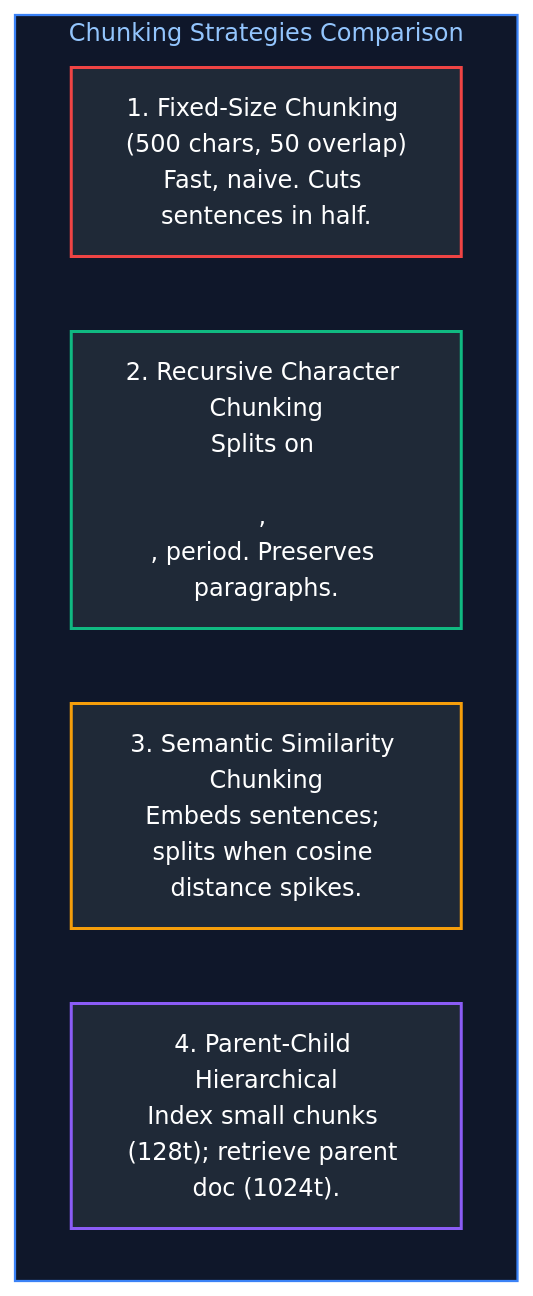
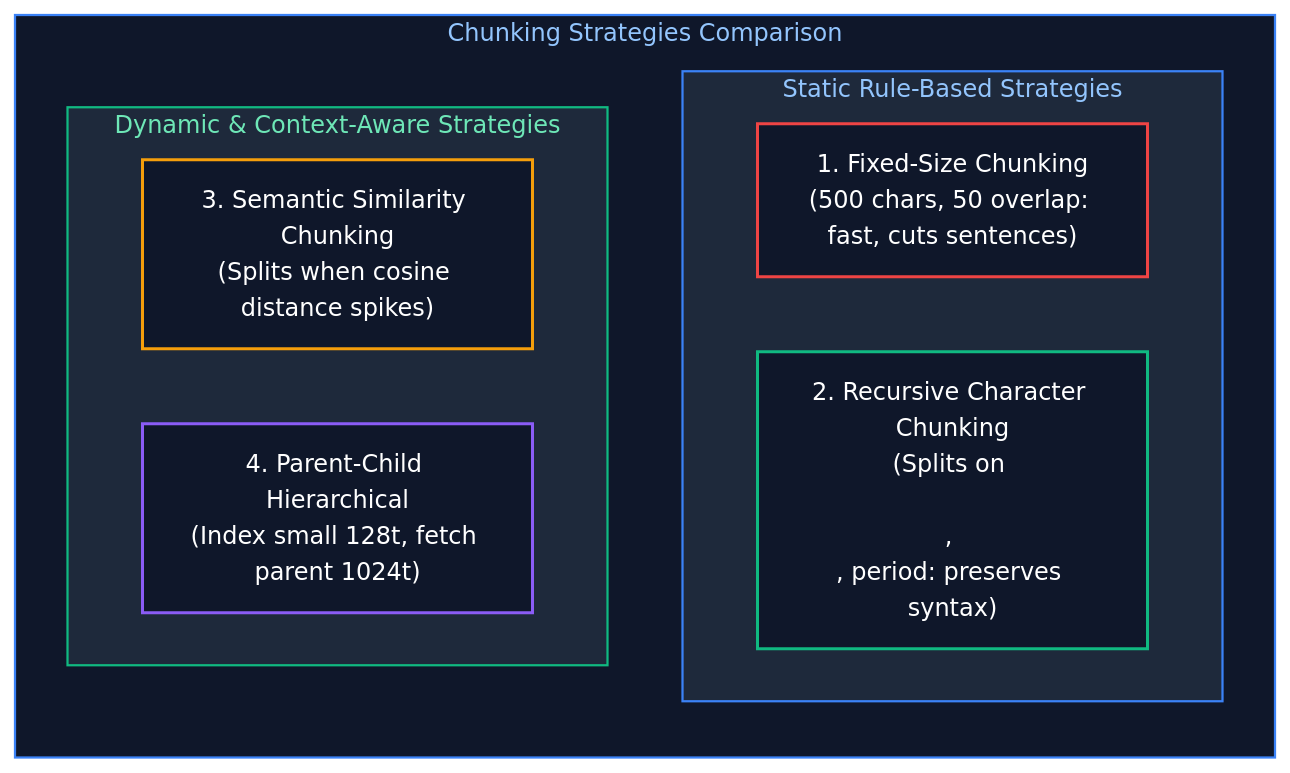
The sixth of 6 diagrams in AI Engineering/05_embeddings_vector_databases_and_search.md (joydeep-biswas/Interview-Preparation), drawn with Mermaid before and after one commit. The commit also changed other lines of this file and 76 other files, not shown here.

Commit message:
Updated Charts

````diff
--- a/AI Engineering/05_embeddings_vector_databases_and_search.md
+++ b/AI Engineering/05_embeddings_vector_databases_and_search.md
@@ -256,15 +313,24 @@
 ```mermaid
-flowchart TD
+flowchart LR
     subgraph ChunkingComparison ["Chunking Strategies Comparison"]
-        Fixed["1. Fixed-Size Chunking (500 chars, 50 overlap)<br/>Fast, naive. Cuts sentences in half."]
-        Recursive["2. Recursive Character Chunking<br/>Splits on \n\n, \n, period. Preserves paragraphs."]
-        Semantic["3. Semantic Similarity Chunking<br/>Embeds sentences; splits when cosine distance spikes."]
-        ParentChild["4. Parent-Child Hierarchical<br/>Index small chunks (128t); retrieve parent doc (1024t)."]
+        subgraph Row1 ["Static Rule-Based Strategies"]
+            direction LR
+            Fixed["1. Fixed-Size Chunking<br/>(500 chars, 50 overlap: fast, cuts sentences)"]
+            Recursive["2. Recursive Character Chunking<br/>(Splits on \n\n, \n, period: preserves syntax)"]
+        end
+        subgraph Row2 ["Dynamic & Context-Aware Strategies"]
+            direction LR
+            Semantic["3. Semantic Similarity Chunking<br/>(Splits when cosine distance spikes)"]
+            ParentChild["4. Parent-Child Hierarchical<br/>(Index small 128t, fetch parent 1024t)"]
+        end
     end
 
     style ChunkingComparison fill:#0f172a,stroke:#3b82f6,stroke-width:1.5px,color:#93c5fd
-    style Fixed fill:#1f2937,stroke:#ef4444,stroke-width:2px,color:#fff
-    style Recursive fill:#1f2937,stroke:#10b981,stroke-width:2px,color:#fff
-    style Semantic fill:#1f2937,stroke:#f59e0b,stroke-width:2px,color:#fff
-    style ParentChild fill:#1f2937,stroke:#8b5cf6,stroke-width:2px,color:#fff
+    style Row1 fill:#1e293b,stroke:#3b82f6,stroke-width:1.5px,color:#93c5fd
+    style Row2 fill:#1e293b,stroke:#10b981,stroke-width:1.5px,color:#6ee7b7
+
+    style Fixed fill:#0f172a,stroke:#ef4444,stroke-width:2px,color:#fff
+    style Recursive fill:#0f172a,stroke:#10b981,stroke-width:2px,color:#fff
+    style Semantic fill:#0f172a,stroke:#f59e0b,stroke-width:2px,color:#fff
+    style ParentChild fill:#0f172a,stroke:#8b5cf6,stroke-width:2px,color:#fff
 ```
````
